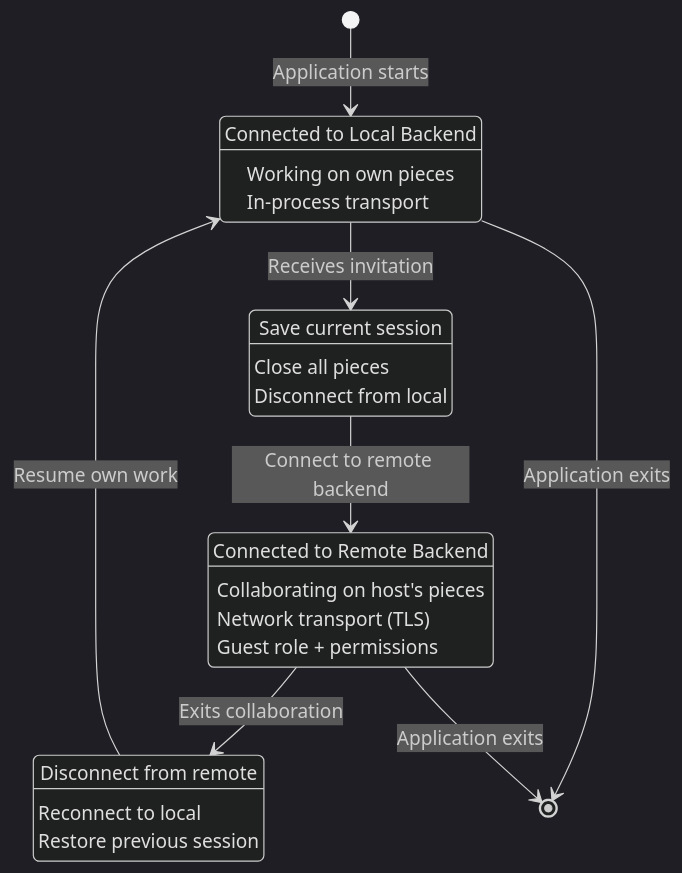
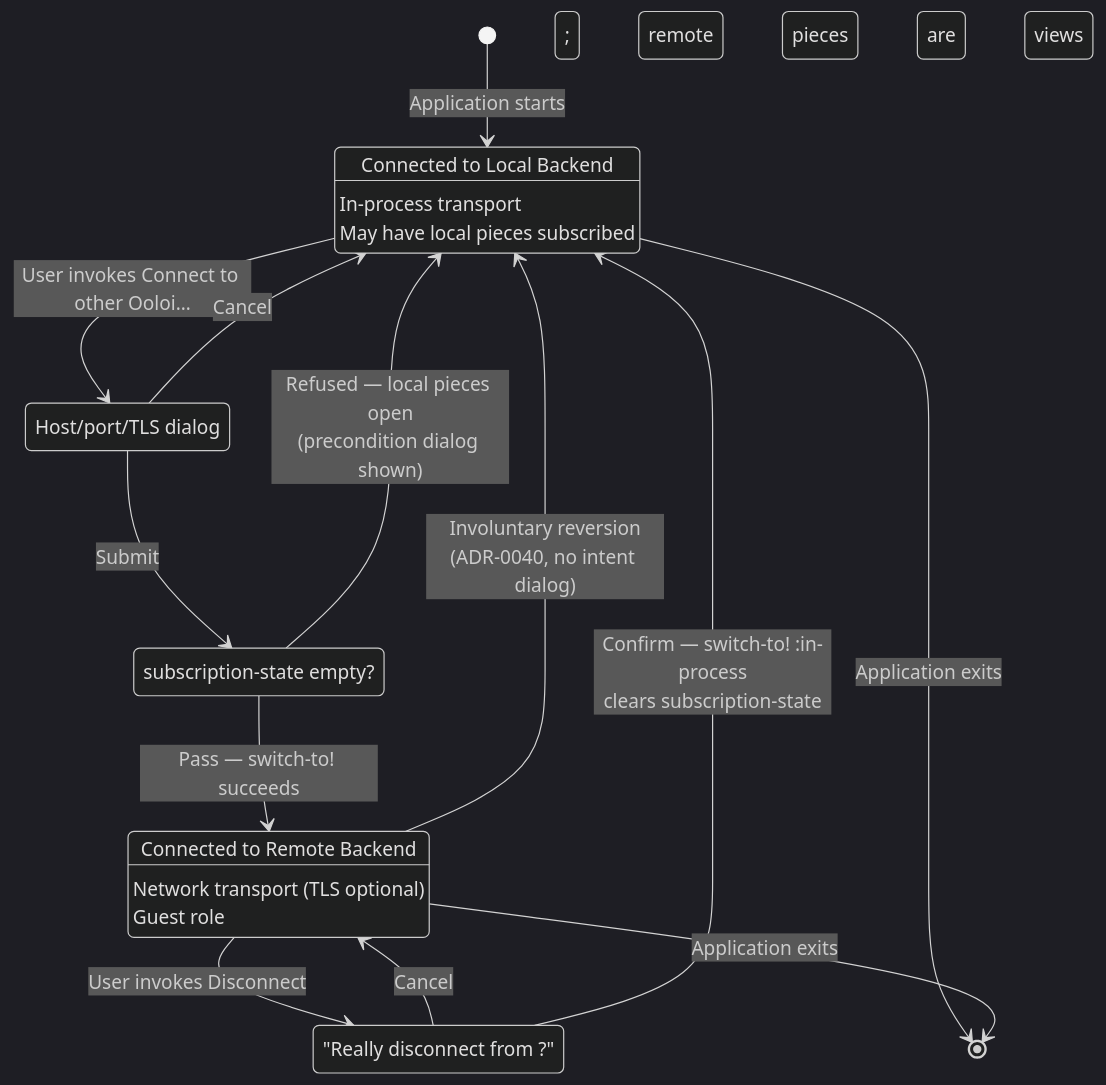
Before and after one commit to PeterBengtson/Ooloi-docs: the second of 2 diagrams in ADRs/0036-Collaborative-Sessions-and-Hybrid-Transport.md, drawn with Mermaid (dark theme). The commit also changed other lines of this file, not shown here.

````diff
--- a/ADRs/0036-Collaborative-Sessions-and-Hybrid-Transport.md
+++ b/ADRs/0036-Collaborative-Sessions-and-Hybrid-Transport.md
@@ -202,30 +214,32 @@
 ```mermaid
 stateDiagram-v2
     [*] --> LocalWork: Application starts
     LocalWork: Connected to Local Backend
-    LocalWork: Working on own pieces
     LocalWork: In-process transport
+    LocalWork: May have local pieces subscribed
 
-    LocalWork --> SavingState: Receives invitation
-    SavingState: Save current session
-    SavingState: Close all pieces
-    SavingState: Disconnect from local
+    LocalWork --> ConnectIntent: User invokes Connect to other Ooloi…
+    ConnectIntent: Host/port/TLS dialog
+    ConnectIntent --> LocalWork: Cancel
 
-    SavingState --> RemoteCollaboration: Connect to remote backend
+    ConnectIntent --> OutboundGate: Submit
+    OutboundGate: subscription-state empty?
+
+    OutboundGate --> LocalWork: Refused — local pieces open<br/>(precondition dialog shown)
+    OutboundGate --> RemoteCollaboration: Pass — switch-to! succeeds
 
     RemoteCollaboration: Connected to Remote Backend
-    RemoteCollaboration: Collaborating on host's pieces
-    RemoteCollaboration: Network transport (TLS)
-    RemoteCollaboration: Guest role + permissions
+    RemoteCollaboration: Network transport (TLS optional)
+    RemoteCollaboration: Guest role; remote pieces are views
 
-    RemoteCollaboration --> RestoringState: Exits collaboration
+    RemoteCollaboration --> DisconnectIntent: User invokes Disconnect
+    DisconnectIntent: "Really disconnect from <host>?"
+    DisconnectIntent --> RemoteCollaboration: Cancel
 
-    RestoringState: Disconnect from remote
-    RestoringState: Reconnect to local
-    RestoringState: Restore previous session
+    DisconnectIntent --> LocalWork: Confirm — switch-to! :in-process<br/>clears subscription-state
 
-    RestoringState --> LocalWork: Resume own work
+    RemoteCollaboration --> LocalWork: Involuntary reversion<br/>(ADR-0040, no intent dialog)
 
     LocalWork --> [*]: Application exits
     RemoteCollaboration --> [*]: Application exits
 ```
````
